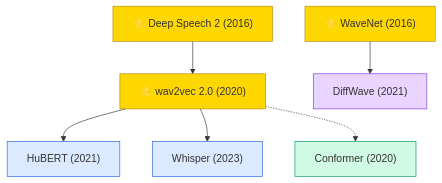
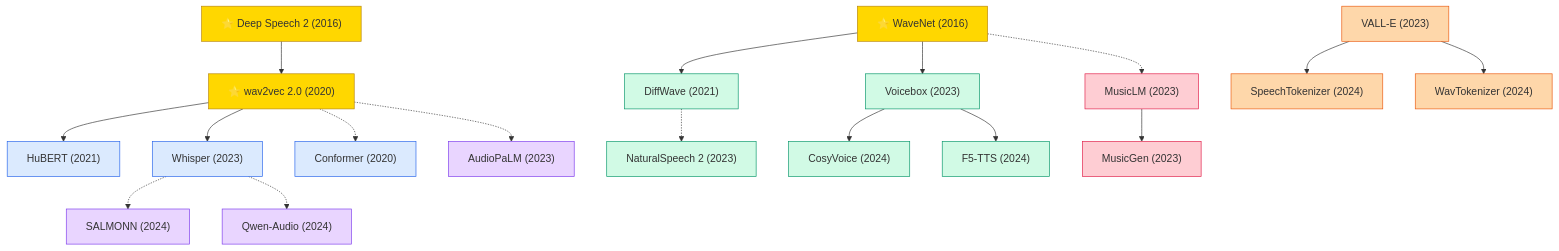
Before and after one commit to zerenzhou/Awesome-Machine-Learning-Papers: the diagram in domains/speech/README.md, drawn with Mermaid. The commit also changed other lines of this file and 4 other files, not shown here.

````diff
--- a/domains/speech/README.md
+++ b/domains/speech/README.md
@@ -7,14 +7,30 @@
 ```mermaid
 graph TD
-    classDef e2e fill:#DBEAFE,stroke:#2563EB
-    classDef hybrid fill:#D1FAE5,stroke:#059669
-    classDef gen fill:#E9D5FF,stroke:#7C3AED
+    classDef asr fill:#DBEAFE,stroke:#2563EB
+    classDef tts fill:#D1FAE5,stroke:#059669
+    classDef codec fill:#FED7AA,stroke:#EA580C
+    classDef llm fill:#E9D5FF,stroke:#7C3AED
+    classDef music fill:#FECDD3,stroke:#E11D48
     classDef star fill:#FFD700,stroke:#B8860B
 
     DeepSpeech["⭐ Deep Speech 2 (2016)"]:::star --> wav2vec["⭐ wav2vec 2.0 (2020)"]:::star
-    wav2vec --> HuBERT["HuBERT (2021)"]:::e2e
-    wav2vec --> Whisper["Whisper (2023)"]:::e2e
-    wav2vec -.-> Conformer["Conformer (2020)"]:::hybrid
+    wav2vec --> HuBERT["HuBERT (2021)"]:::asr
+    wav2vec --> Whisper["Whisper (2023)"]:::asr
+    wav2vec -.-> Conformer["Conformer (2020)"]:::asr
 
-    WaveNet["⭐ WaveNet (2016)"]:::star --> DiffWave["DiffWave (2021)"]:::gen
+    WaveNet["⭐ WaveNet (2016)"]:::star --> DiffWave["DiffWave (2021)"]:::tts
+    WaveNet --> Voicebox["Voicebox (2023)"]:::tts
+    DiffWave -.-> NatSpeech2["NaturalSpeech 2 (2023)"]:::tts
+    Voicebox --> CosyVoice["CosyVoice (2024)"]:::tts
+    Voicebox --> F5TTS["F5-TTS (2024)"]:::tts
+
+    VALLE["VALL-E (2023)"]:::codec --> SpeechTokenizer["SpeechTokenizer (2024)"]:::codec
+    VALLE --> WavTokenizer["WavTokenizer (2024)"]:::codec
+
+    Whisper -.-> SALMONN["SALMONN (2024)"]:::llm
+    Whisper -.-> QwenAudio["Qwen-Audio (2024)"]:::llm
+    wav2vec -.-> AudioPaLM["AudioPaLM (2023)"]:::llm
+
+    WaveNet -.-> MusicLM["MusicLM (2023)"]:::music
+    MusicLM --> MusicGen["MusicGen (2023)"]:::music
 ```
````
